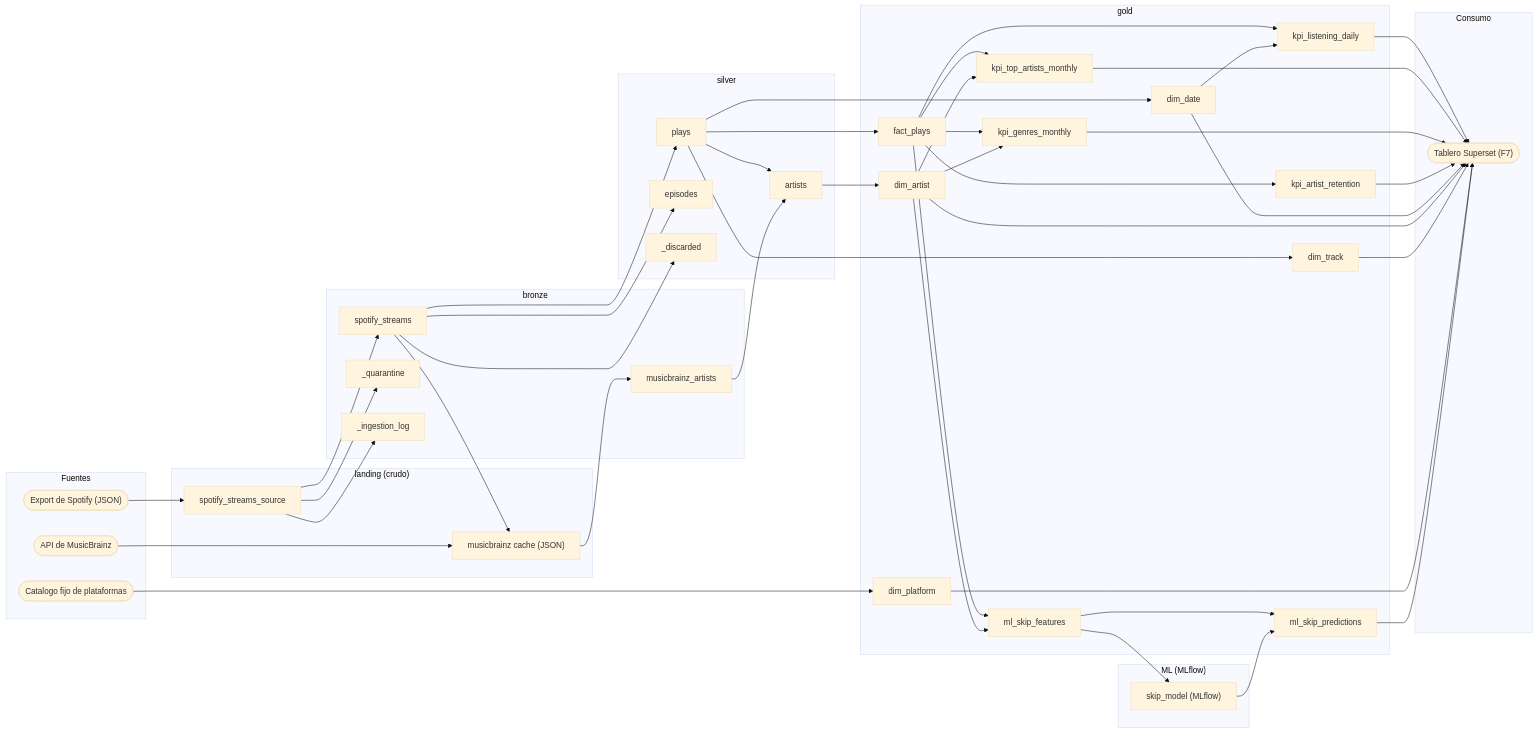
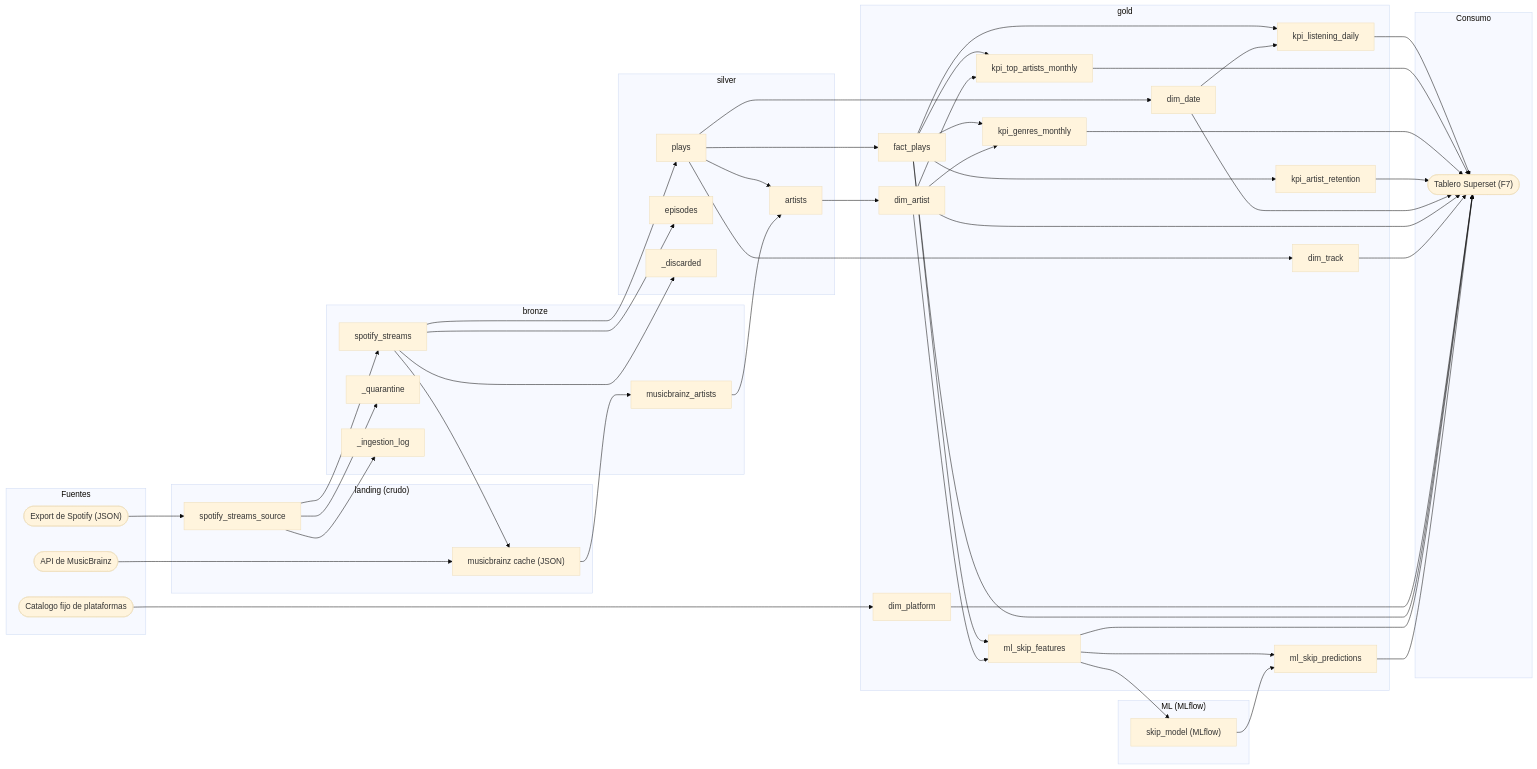
Before and after one commit to gabrielalvarezsurexs/LAKEHOUSE_EMPRESARIAL: the diagram in ENTREGABLES/03_calidad_y_linaje/CALIDAD_Y_LINAJE.md, drawn with Mermaid (base theme). The commit also changed other lines of this file and 51 other files, not shown here.

````diff
--- a/ENTREGABLES/03_calidad_y_linaje/CALIDAD_Y_LINAJE.md
+++ b/ENTREGABLES/03_calidad_y_linaje/CALIDAD_Y_LINAJE.md
@@ -172,5 +172,7 @@
   gold_dim_artist --> consumer_bi
   gold_dim_track --> consumer_bi
   gold_dim_platform --> consumer_bi
+  gold_fact_plays --> consumer_bi
+  gold_ml_skip_features --> consumer_bi
   gold_ml_skip_predictions --> consumer_bi
 ```
````
